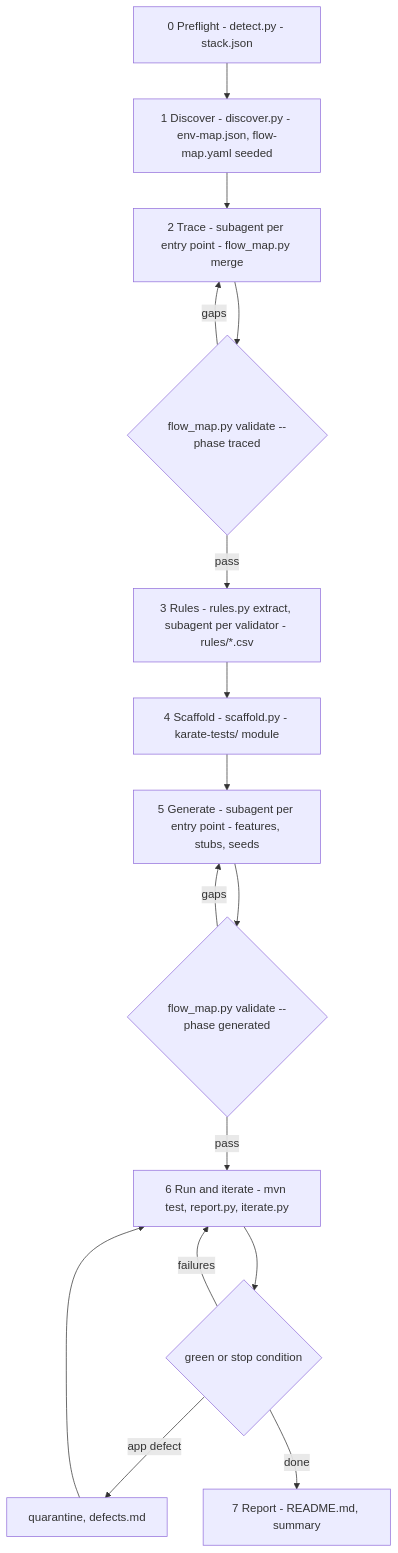
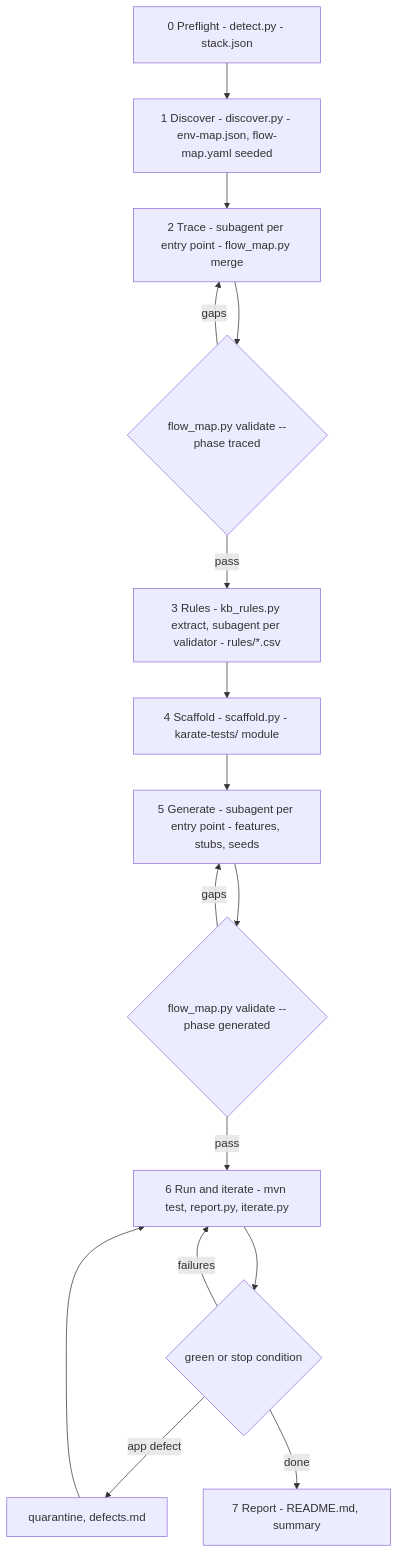
The first of 2 diagrams in docs/superpowers/specs/2026-09-05-karate-bootstrap-design.md (emp3thy/claude-skills), drawn with Mermaid before and after one commit. The commit also changed other lines of this file and 3 other files, not shown here.

````diff
--- a/docs/superpowers/specs/2026-09-05-karate-bootstrap-design.md
+++ b/docs/superpowers/specs/2026-09-05-karate-bootstrap-design.md
@@ -50,18 +50,18 @@
 ```mermaid
 flowchart TD
   P0["0 Preflight - detect.py - stack.json"] --> P1["1 Discover - discover.py - env-map.json, flow-map.yaml seeded"]
   P1 --> P2["2 Trace - subagent per entry point - flow_map.py merge"]
   P2 --> V2{"flow_map.py validate --phase traced"}
   V2 -- gaps --> P2
-  V2 -- pass --> P3["3 Rules - rules.py extract, subagent per validator - rules/*.csv"]
+  V2 -- pass --> P3["3 Rules - kb_rules.py extract, subagent per validator - rules/*.csv"]
   P3 --> P4["4 Scaffold - scaffold.py - karate-tests/ module"]
   P4 --> P5["5 Generate - subagent per entry point - features, stubs, seeds"]
   P5 --> V5{"flow_map.py validate --phase generated"}
   V5 -- gaps --> P5
   V5 -- pass --> P6["6 Run and iterate - mvn test, report.py, iterate.py"]
   P6 --> D6{"green or stop condition"}
   D6 -- failures --> P6
   D6 -- app defect --> Q["quarantine, defects.md"]
   Q --> P6
   D6 -- done --> P7["7 Report - README.md, summary"]
 ```
````
